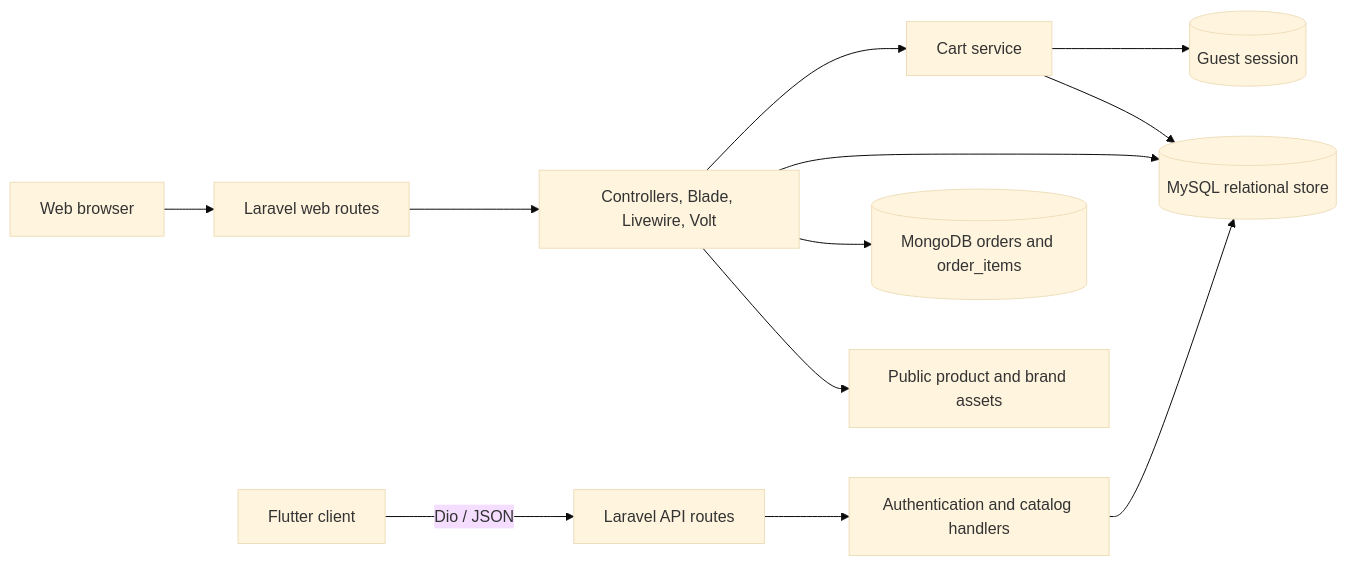
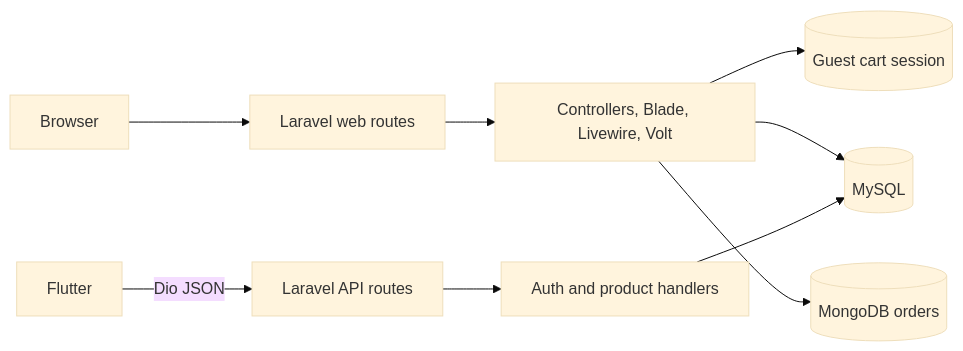
The diagram in README.md (DillonFernandez/ByteCart), drawn with Mermaid (base theme) before and after one commit. The commit also changed other lines of this file, not shown here.

````diff
--- a/README.md
+++ b/README.md
@@ -98,17 +51,11 @@
 ```mermaid
 flowchart LR
-    Browser[Web browser] --> WebRoutes[Laravel web routes]
-    Flutter[Flutter client] -->|Dio / JSON| ApiRoutes[Laravel API routes]
-
-    WebRoutes --> WebLayer[Controllers, Blade, Livewire, Volt]
-    ApiRoutes --> ApiLayer[Authentication and catalog handlers]
-
-    WebLayer --> Cart[Cart service]
-    Cart --> Session[(Guest session)]
-    Cart --> Relational[(MySQL relational store)]
-
-    WebLayer --> Relational
-    ApiLayer --> Relational
-    WebLayer --> Mongo[(MongoDB orders and order_items)]
-    WebLayer --> Assets[Public product and brand assets]
+    Browser --> WebRoutes[Laravel web routes]
+    Flutter -->|Dio JSON| ApiRoutes[Laravel API routes]
+    WebRoutes --> UI[Controllers, Blade, Livewire, Volt]
+    ApiRoutes --> API[Auth and product handlers]
+    UI --> Session[(Guest cart session)]
+    UI --> MySQL[(MySQL)]
+    API --> MySQL
+    UI --> Mongo[(MongoDB orders)]
 ```
````
